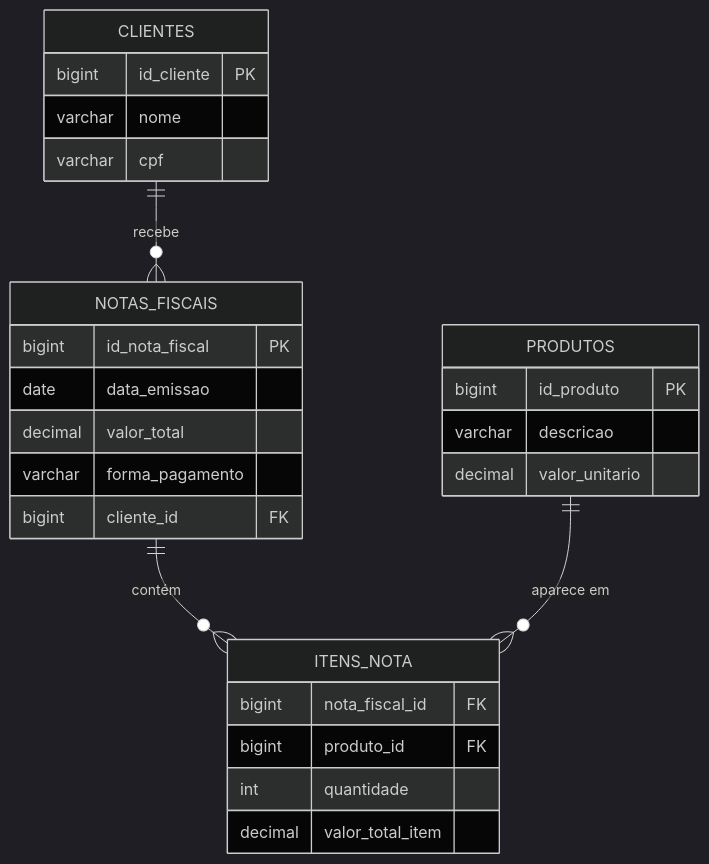
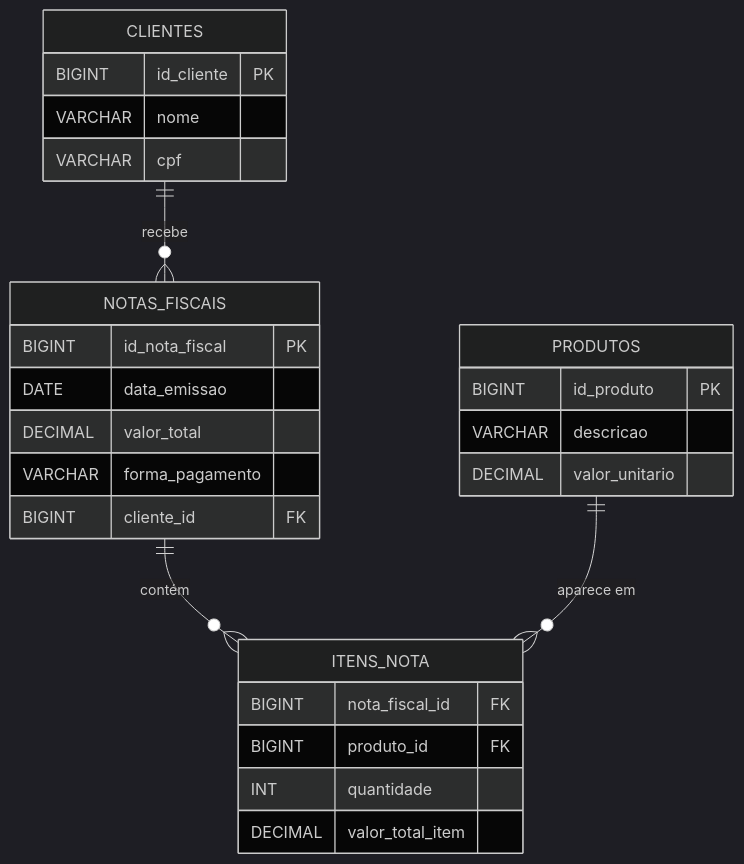
Before and after one commit to DSM-Fatec-Jahu/BDR-DSM-2026-2: diagram 20 of 20 in docs/aulas/Aula_01_Revisao_Modelagem_Conceitual.md, drawn with Mermaid (dark theme). The commit also changed other lines of this file and 2 other files, not shown here.

First line of the commit message:
Padroniza tipos SQL em MAIÚSCULAS nos diagramas (Regra 3)

````diff
--- a/docs/aulas/Aula_01_Revisao_Modelagem_Conceitual.md
+++ b/docs/aulas/Aula_01_Revisao_Modelagem_Conceitual.md
@@ -904,29 +904,29 @@
 ```mermaid
 erDiagram
     CLIENTES {
-        bigint id_cliente PK
-        varchar nome
-        varchar cpf
+        BIGINT id_cliente PK
+        VARCHAR nome
+        VARCHAR cpf
     }
     NOTAS_FISCAIS {
-        bigint id_nota_fiscal PK
-        date data_emissao
-        decimal valor_total
-        varchar forma_pagamento
-        bigint cliente_id FK
+        BIGINT id_nota_fiscal PK
+        DATE data_emissao
+        DECIMAL valor_total
+        VARCHAR forma_pagamento
+        BIGINT cliente_id FK
     }
     PRODUTOS {
-        bigint id_produto PK
-        varchar descricao
-        decimal valor_unitario
+        BIGINT id_produto PK
+        VARCHAR descricao
+        DECIMAL valor_unitario
     }
     ITENS_NOTA {
-        bigint nota_fiscal_id FK
-        bigint produto_id FK
-        int quantidade
-        decimal valor_total_item
+        BIGINT nota_fiscal_id FK
+        BIGINT produto_id FK
+        INT quantidade
+        DECIMAL valor_total_item
     }
     CLIENTES ||--o{ NOTAS_FISCAIS : "recebe"
     NOTAS_FISCAIS ||--o{ ITENS_NOTA : "contém"
     PRODUTOS ||--o{ ITENS_NOTA : "aparece em"
 ```
````
